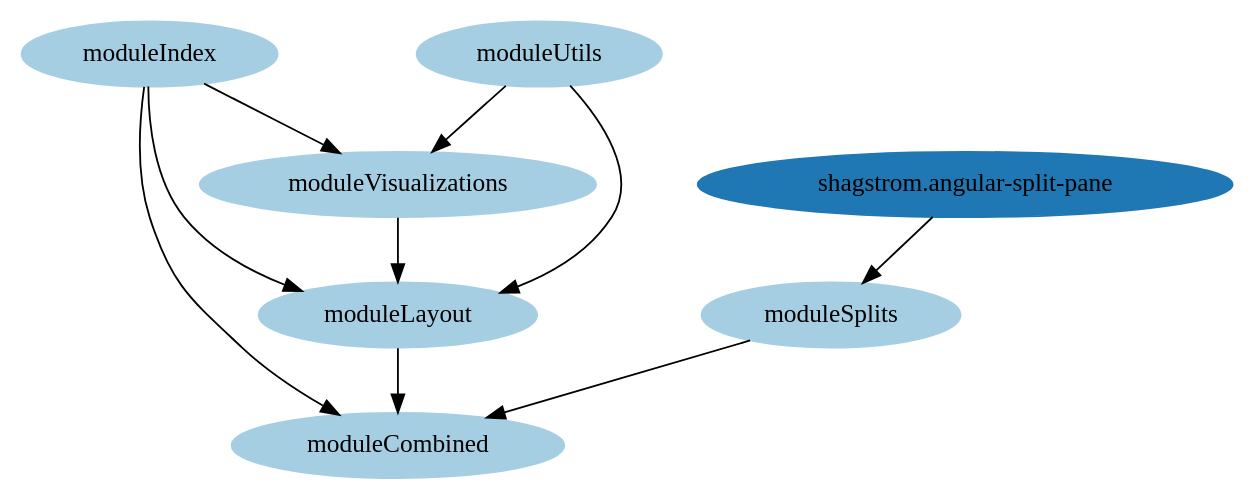
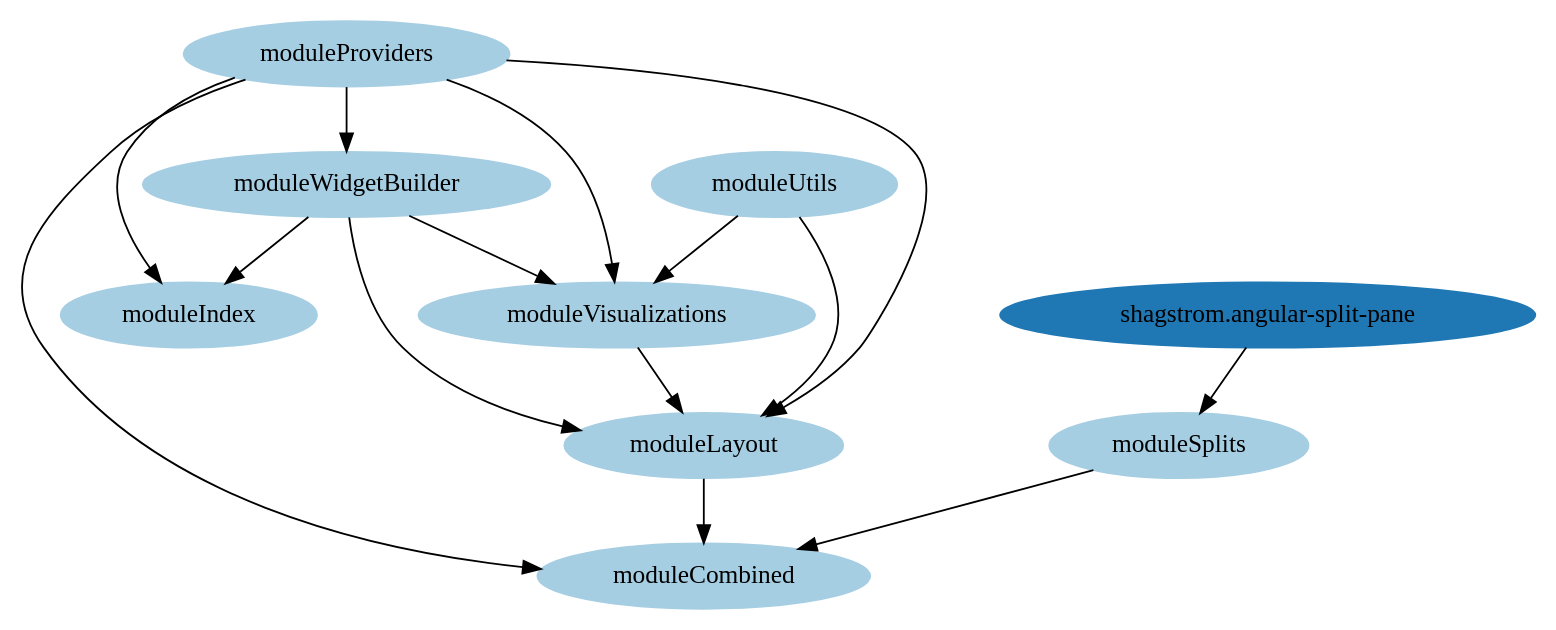
Before and after one commit to nevesnunes/MultiViz: the diagram in architecture/dot/modules.dot, drawn with Graphviz. The commit also changed 17 other files, not shown here.

```diff
--- a/architecture/dot/modules.dot
+++ b/architecture/dot/modules.dot
@@ -1,50 +1,68 @@
 digraph dependencies {
   node[shape="ellipse",style="filled",colorscheme=paired12]
 
   
     "moduleVisualizations"[label="moduleVisualizations", color=1]
+  
+    "moduleProviders"[label="moduleProviders", color=1]
+  
+    "moduleWidgetBuilder"[label="moduleWidgetBuilder", color=1]
   
     "moduleIndex"[label="moduleIndex", color=1]
   
     "moduleSplits"[label="moduleSplits", color=1]
   
     "moduleUtils"[label="moduleUtils", color=1]
   
     "moduleLayout"[label="moduleLayout", color=1]
   
     "moduleCombined"[label="moduleCombined", color=1]
   
 
   node[shape="ellipse",style="filled",color=2]
   
     
-      "moduleIndex" -> "moduleVisualizations"
+      "moduleProviders" -> "moduleVisualizations"
     
       "moduleUtils" -> "moduleVisualizations"
     
+      "moduleWidgetBuilder" -> "moduleVisualizations"
+    
   
+    
+  
+    
+      "moduleProviders" -> "moduleWidgetBuilder"
+    
+  
+    
+      "moduleProviders" -> "moduleIndex"
+    
+      "moduleWidgetBuilder" -> "moduleIndex"
     
   
     
       "shagstrom.angular-split-pane" -> "moduleSplits"
     
   
     
   
     
-      "moduleIndex" -> "moduleLayout"
+      "moduleProviders" -> "moduleLayout"
     
       "moduleUtils" -> "moduleLayout"
     
       "moduleVisualizations" -> "moduleLayout"
     
+      "moduleWidgetBuilder" -> "moduleLayout"
+    
   
     
-      "moduleIndex" -> "moduleCombined"
+      "moduleProviders" -> "moduleCombined"
     
       "moduleLayout" -> "moduleCombined"
     
       "moduleSplits" -> "moduleCombined"
     
   
 }
```
